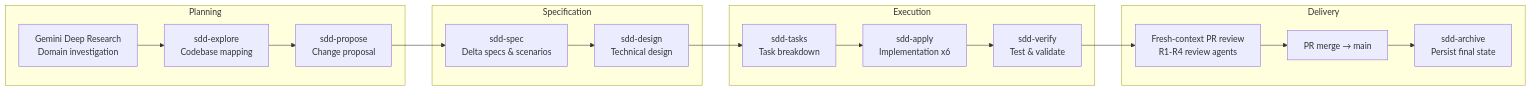
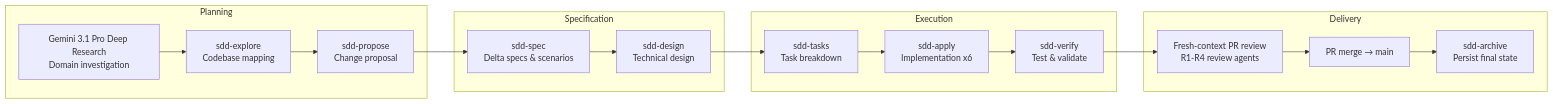
The first of 4 diagrams in README.md (SKANL/camtom-kyb-agencia-aduanal), drawn with Mermaid before and after one commit. The commit also changed other lines of this file, not shown here.

Commit message:
fix: corregir README segun uso real — Pencil no usado, Gemini 3.1 Pro, Vercel MCP, Supabase CLI, OpenCode light vs Claude Code heavy

````diff
--- a/README.md
+++ b/README.md
@@ -15,27 +15,27 @@
 ```mermaid
 flowchart LR
     subgraph Planning
-        A[Gemini Deep Research<br/>Domain investigation]
+        A[Gemini 3.1 Pro Deep Research<br/>Domain investigation]
         B[sdd-explore<br/>Codebase mapping]
         C[sdd-propose<br/>Change proposal]
     end
 
     subgraph Specification
         D[sdd-spec<br/>Delta specs & scenarios]
         E[sdd-design<br/>Technical design]
     end
 
     subgraph Execution
         F[sdd-tasks<br/>Task breakdown]
         G[sdd-apply<br/>Implementation x6]
         H[sdd-verify<br/>Test & validate]
     end
 
     subgraph Delivery
         I[Fresh-context PR review<br/>R1-R4 review agents]
         J[PR merge → main]
         K[sdd-archive<br/>Persist final state]
     end
 
     A --> B --> C --> D --> E --> F --> G --> H --> I --> J --> K
 ```
````
